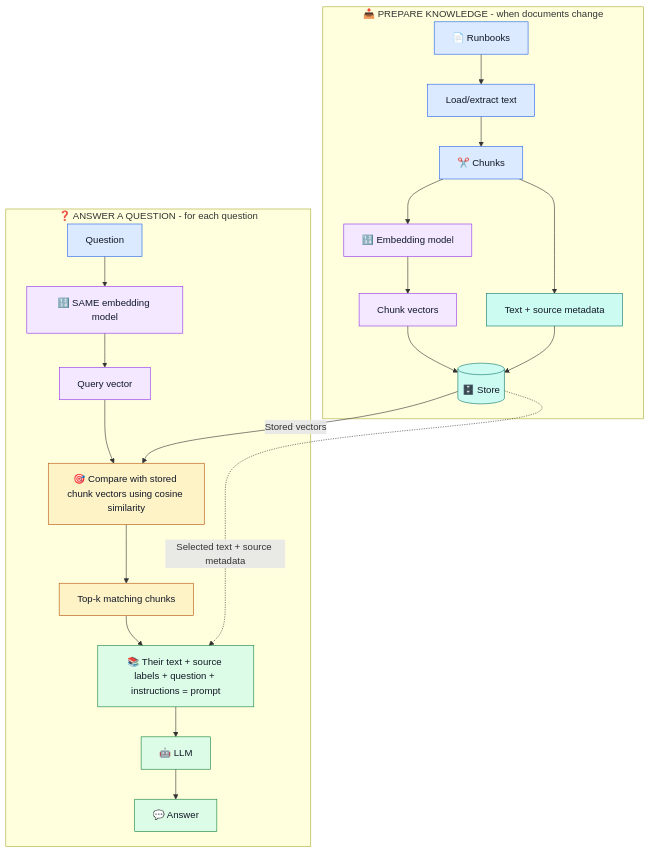
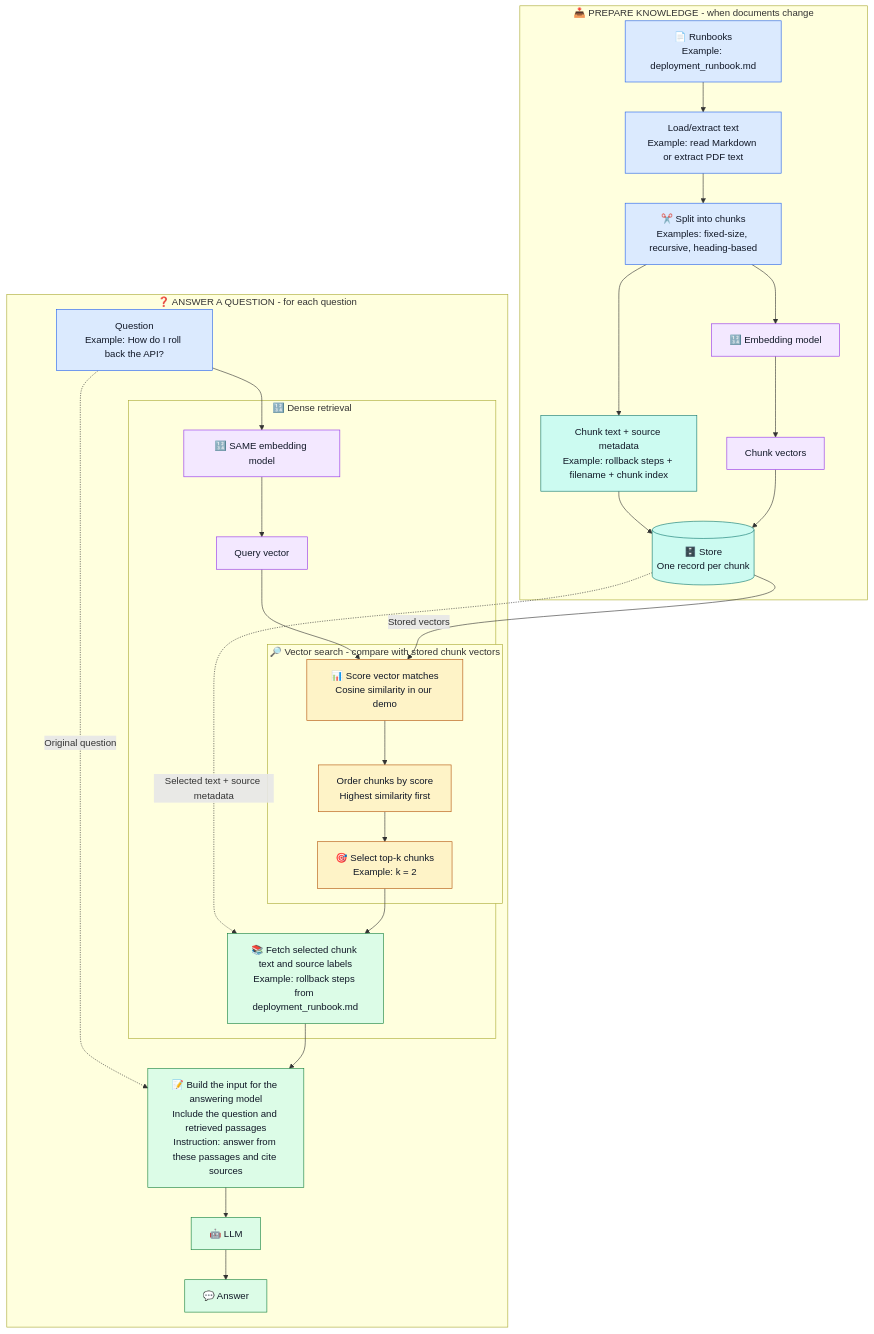
Before and after one commit to shamim-iq/RAG-Course: the diagram in Theory/00_start_here_rag_fundamentals.md, drawn with Mermaid. The commit also changed other lines of this file, not shown here.

Commit message:
docs: clarify prompt building and retrieval substeps

````diff
--- a/Theory/00_start_here_rag_fundamentals.md
+++ b/Theory/00_start_here_rag_fundamentals.md
@@ -23,32 +23,44 @@
 ```mermaid
 flowchart TD
     subgraph PREP["📥 PREPARE KNOWLEDGE - when documents change"]
-        R["📄 Runbooks"] --> L["Load/extract text"] --> C["✂️ Chunks"]
+        R["📄 Runbooks<br/>Example: deployment_runbook.md"] --> L["Load/extract text<br/>Example: read Markdown or extract PDF text"]
+        L --> C["✂️ Split into chunks<br/>Examples: fixed-size, recursive, heading-based"]
         C --> E["🔢 Embedding model"] --> V["Chunk vectors"]
-        C --> T["Text + source metadata"]
-        V --> S[("🗄️ Store")]
+        C --> T["Chunk text + source metadata<br/>Example: rollback steps + filename + chunk index"]
+        V --> S[("🗄️ Store<br/>One record per chunk")]
         T --> S
     end
 
     subgraph ASK["❓ ANSWER A QUESTION - for each question"]
-        Q["Question"] --> QE["🔢 SAME embedding model"] --> QV["Query vector"]
-        QV --> SEARCH["🎯 Compare with stored chunk vectors using cosine similarity"]
-        SEARCH --> K["Top-k matching chunks"]
-        K --> P["📚 Their text + source labels + question + instructions = prompt"]
+        Q["Question<br/>Example: How do I roll back the API?"]
+        subgraph DENSE["🔢 Dense retrieval"]
+            QE["🔢 SAME embedding model"] --> QV["Query vector"]
+            subgraph SEARCH["🔎 Vector search - compare with stored chunk vectors"]
+                SCORE["📊 Score vector matches<br/>Cosine similarity in our demo"]
+                RANK["Order chunks by score<br/>Highest similarity first"]
+                K["🎯 Select top-k chunks<br/>Example: k = 2"]
+                SCORE --> RANK --> K
+            end
+            QV --> SCORE
+            K --> CONTEXT["📚 Fetch selected chunk text and source labels<br/>Example: rollback steps from deployment_runbook.md"]
+        end
+        Q --> QE
+        CONTEXT --> P["📝 Build the input for the answering model<br/>Include the question and retrieved passages<br/>Instruction: answer from these passages and cite sources"]
+        Q -.->|Original question| P
         P --> LLM["🤖 LLM"] --> A["💬 Answer"]
     end
 
-    S -->|Stored vectors| SEARCH
-    S -.->|Selected text + source metadata| P
+    S -->|Stored vectors| SCORE
+    S -.->|Selected text + source metadata| CONTEXT
 
     classDef input fill:#dbeafe,stroke:#2563eb,color:#111827
     classDef embedding fill:#f3e8ff,stroke:#9333ea,color:#111827
     classDef storage fill:#ccfbf1,stroke:#0f766e,color:#111827
     classDef search fill:#fef3c7,stroke:#b45309,color:#111827
     classDef result fill:#dcfce7,stroke:#15803d,color:#111827
     class R,L,C,Q input
     class E,V,QE,QV embedding
     class T,S storage
-    class SEARCH,K search
-    class P,LLM,A result
+    class SCORE,RANK,K search
+    class CONTEXT,P,LLM,A result
 ```
````
